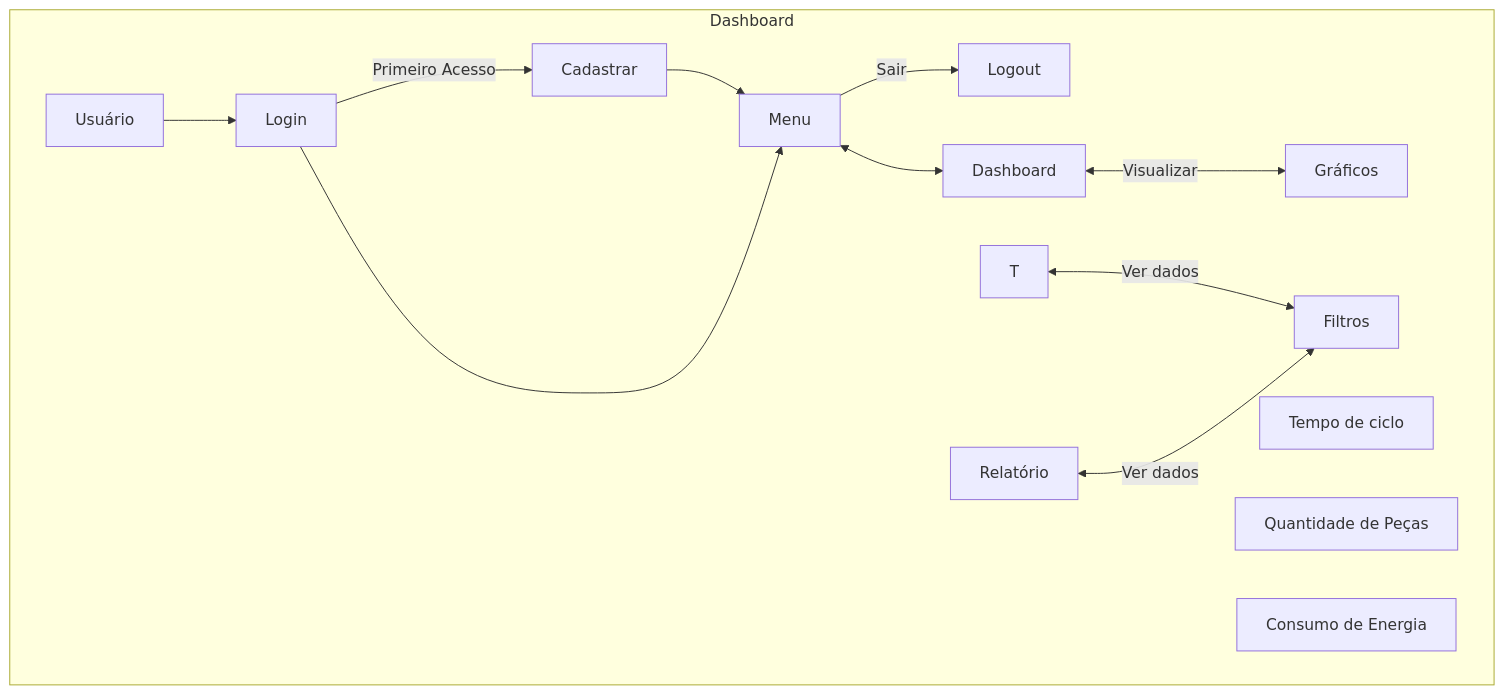
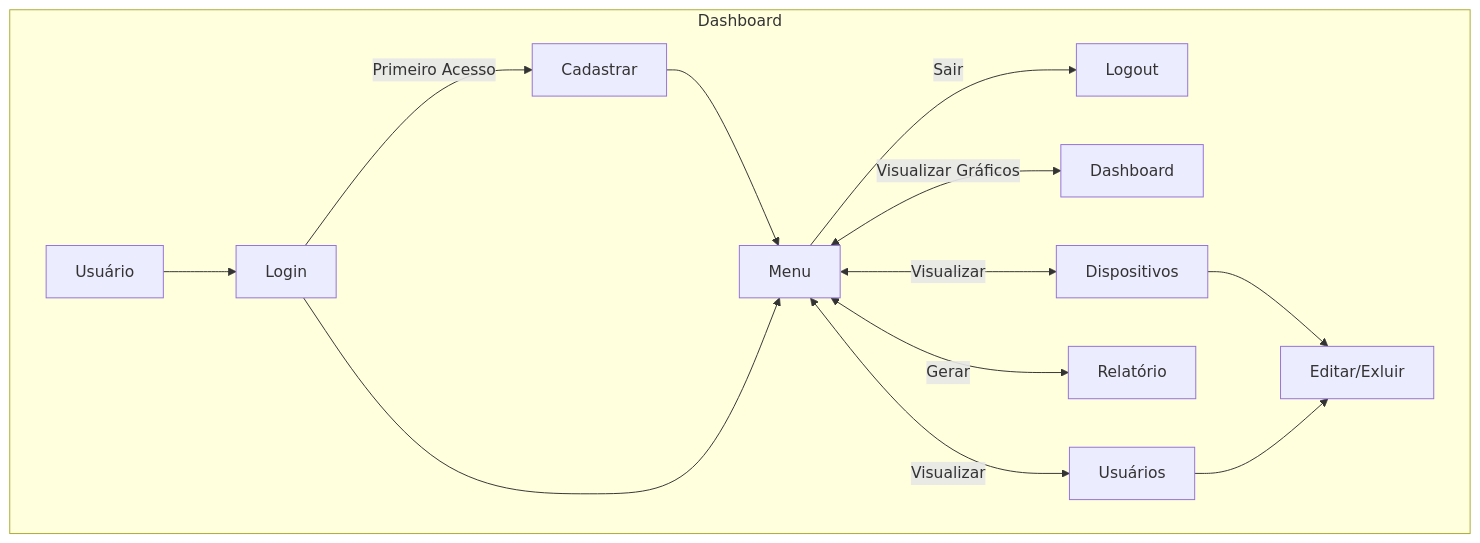
Before and after one commit to Giovani-RodriguesS/projeto_iot: the second of 2 diagrams in docs/PRD.md, drawn with Mermaid. The commit also changed other lines of this file, not shown here.

Commit message:
docs: prd has been updated
just *dependencias* and *ux* topics need to be completed

````diff
--- a/docs/PRD.md
+++ b/docs/PRD.md
@@ -67,27 +64,32 @@
 ```mermaid
 graph TB
     subgraph Dashboard
         A[Menu]
-        F[Dashboard]
-        B[Gráficos]
-        C[Tempo de ciclo]
-        D[Quantidade de Peças]
-        E[Consumo de Energia]
-        R[Relatório]
-        I[Filtros]
-        G[Usuário]
+        O[Logout]
         H[Login]
         K[Cadastrar]
-        O[Logout]
+
+        F[Dashboard]
+        R[Relatório]
+        G[Usuário]
+        U[Usuários]
+        D[Dispositivos]
+
+        E[Editar/Exluir]
 
         G-->H
         H-->|Primeiro Acesso|K
         K-->A
-        A-->|Sair|O
         H-->A
-        A<-->F
-        F<-->|Visualizar|B
-        T<-->|Ver dados|I
-        R<-->|Ver dados|I      
+
+        A-->|Sair|O        
+        A<-->|Visualizar Gráficos|F
+        A<-->|Visualizar|U
+        A<-->|Gerar|R
+        A<-->|Visualizar|D
+
+        D-->E
+        U-->E
+
     end
 ```
````
